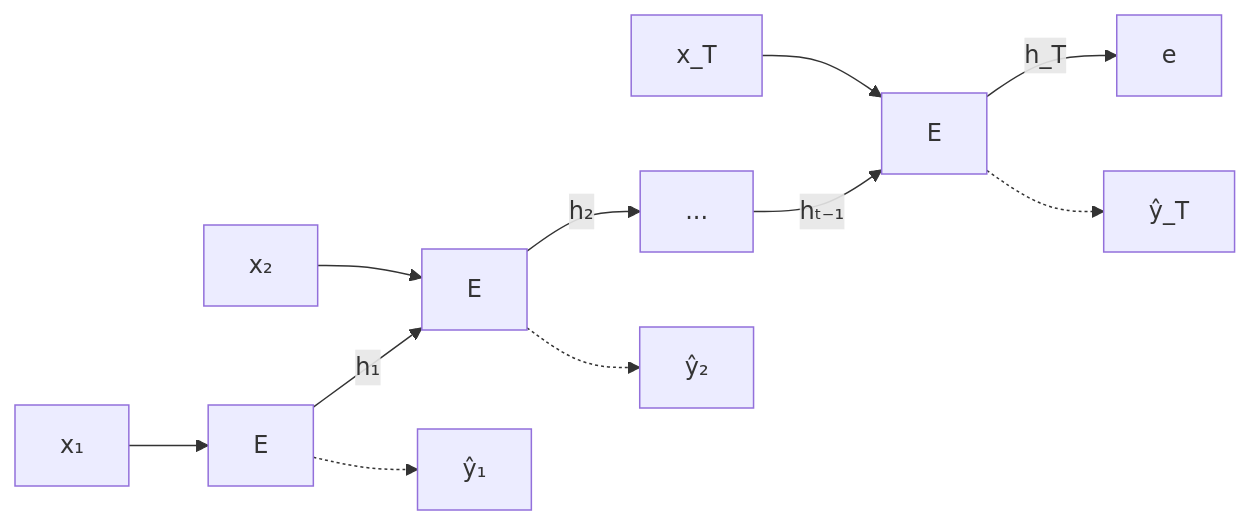
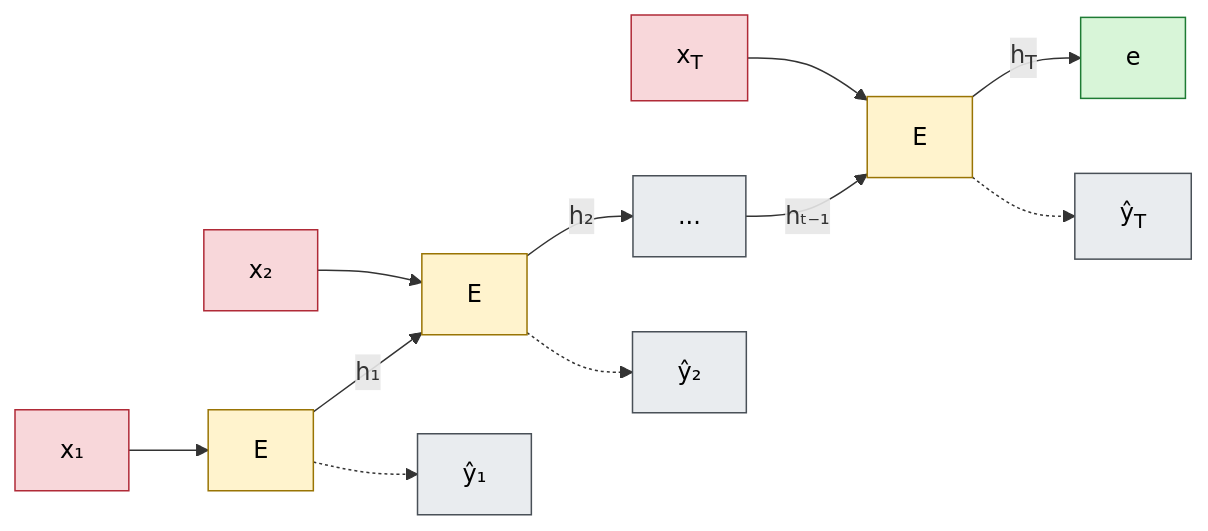
The diagram in Machine Learning/Encodage d'une séquence.md (HydraaaNF/Obsidian-sciences-notes), drawn with Mermaid before and after one commit. The commit also changed other lines of this file and 7 other files, not shown here.

````diff
--- a/Machine Learning/Encodage d'une séquence.md
+++ b/Machine Learning/Encodage d'une séquence.md
@@ -17,13 +17,21 @@
 ```mermaid
 flowchart LR
     x1["x₁"] --> E1["E"]
     x2["x₂"] --> E2["E"]
-    xT["x_T"] --> ET["E"]
+    xT["x<sub>T</sub>"] --> ET["E"]
     E1 -- "h₁" --> E2
     E2 -- "h₂" --> dots["..."]
     dots -- "hₜ₋₁" --> ET
-    ET -- "h_T" --> e["e"]
+    ET -- "h<sub>T</sub>" --> e["e"]
     E1 -.-> y1["ŷ₁"]
     E2 -.-> y2["ŷ₂"]
-    ET -.-> yT["ŷ_T"]
+    ET -.-> yT["ŷ<sub>T</sub>"]
+    classDef entree fill:#f8d7da,stroke:#b02a37,color:#000
+    classDef memoire fill:#d8f5d8,stroke:#1e7b34,color:#000
+    classDef cellule fill:#fff3cd,stroke:#997404,color:#000
+    classDef ignore fill:#e9ecef,stroke:#495057,color:#000
+    class x1,x2,xT entree
+    class e memoire
+    class E1,E2,ET cellule
+    class y1,y2,yT,dots ignore
 ```
````
